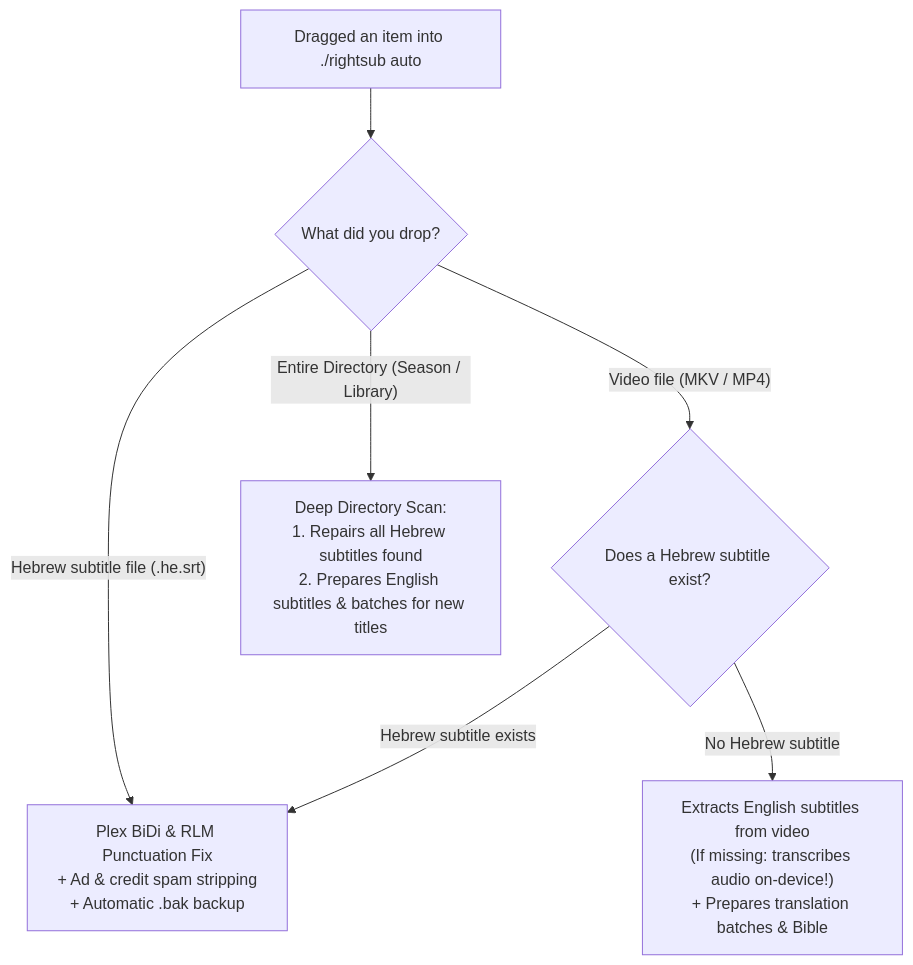
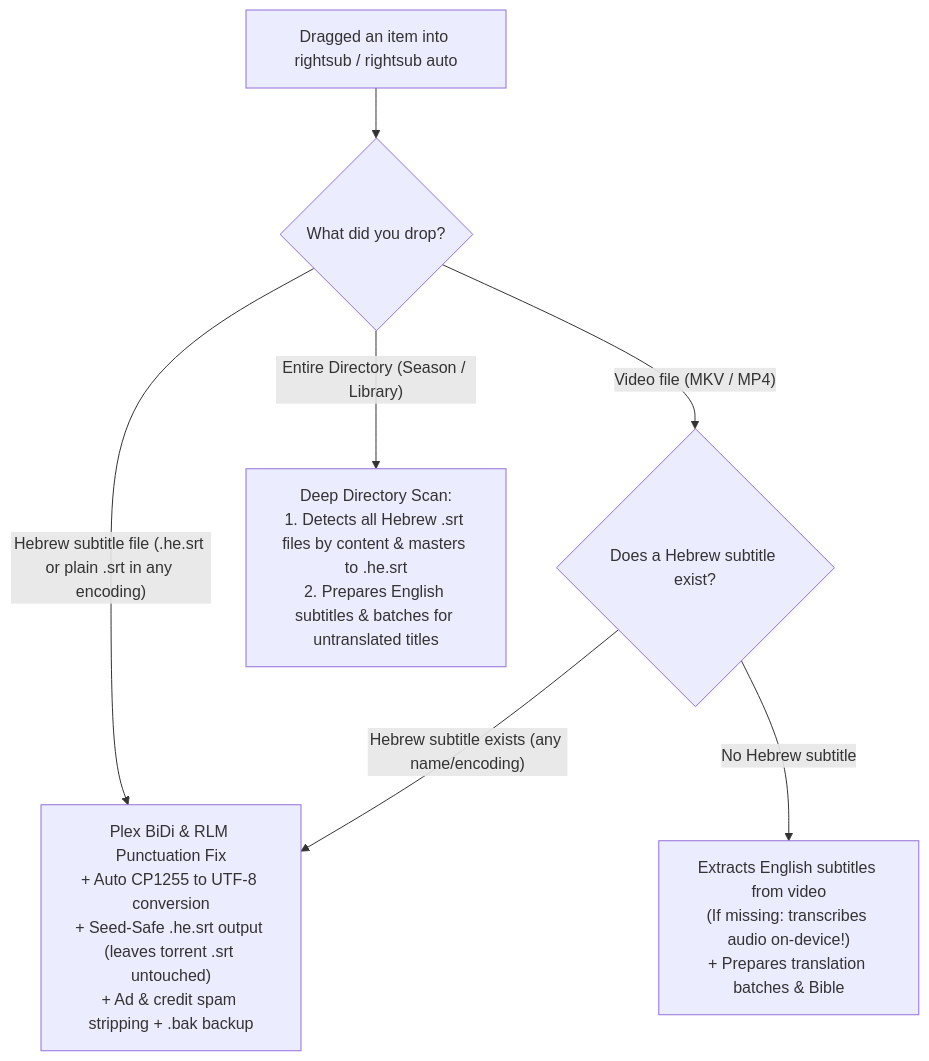
Before and after one commit to omerninyo/RightSub: the diagram in docs/QUICKSTART_FOR_BEGINNERS.md, drawn with Mermaid. The commit also changed other lines of this file and 89 other files, not shown here.

````diff
--- a/docs/QUICKSTART_FOR_BEGINNERS.md
+++ b/docs/QUICKSTART_FOR_BEGINNERS.md
@@ -32,12 +43,12 @@
 ```mermaid
 graph TD
-    Start["Dragged an item into ./rightsub auto"] --> Check{"What did you drop?"}
+    Start["Dragged an item into rightsub / rightsub auto"] --> Check{"What did you drop?"}
     
-    Check -- "Hebrew subtitle file (.he.srt)" --> Action1["Plex BiDi & RLM Punctuation Fix<br/>+ Ad & credit spam stripping<br/>+ Automatic .bak backup"]
+    Check -- "Hebrew subtitle file (.he.srt or plain .srt in any encoding)" --> Action1["Plex BiDi & RLM Punctuation Fix<br/>+ Auto CP1255 to UTF-8 conversion<br/>+ Seed-Safe .he.srt output (leaves torrent .srt untouched)<br/>+ Ad & credit spam stripping + .bak backup"]
     
     Check -- "Video file (MKV / MP4)" --> VideoCheck{"Does a Hebrew subtitle exist?"}
-    VideoCheck -- "Hebrew subtitle exists" --> Action1
+    VideoCheck -- "Hebrew subtitle exists (any name/encoding)" --> Action1
     VideoCheck -- "No Hebrew subtitle" --> Action2["Extracts English subtitles from video<br/>(If missing: transcribes audio on-device!)<br/>+ Prepares translation batches & Bible"]
     
-    Check -- "Entire Directory (Season / Library)" --> Action3["Deep Directory Scan:<br/>1. Repairs all Hebrew subtitles found<br/>2. Prepares English subtitles & batches for new titles"]
+    Check -- "Entire Directory (Season / Library)" --> Action3["Deep Directory Scan:<br/>1. Detects all Hebrew .srt files by content & masters to .he.srt<br/>2. Prepares English subtitles & batches for untranslated titles"]
 ```
````
